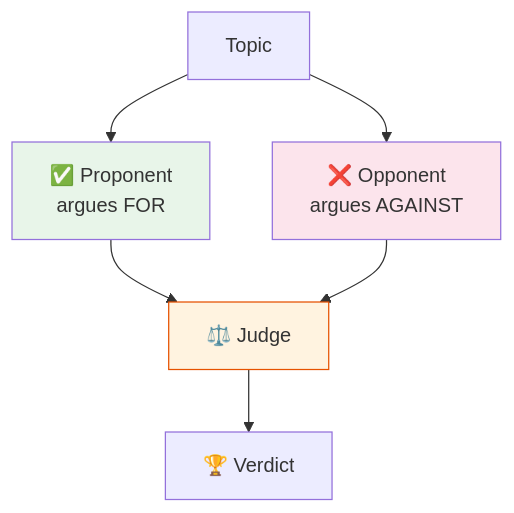
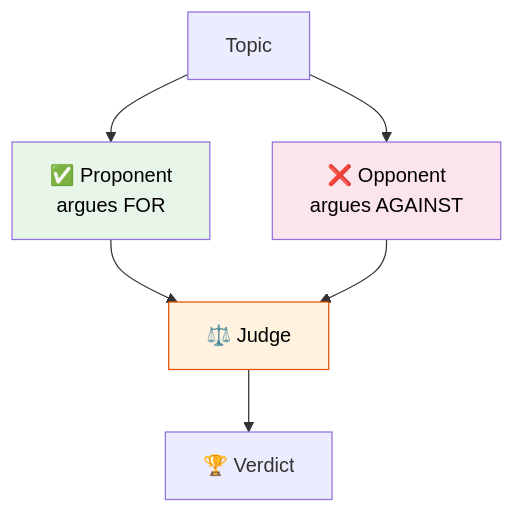
One commit to remolaan/Agentic-AI-Cookbook changed the diagram in 37_debate_agents_project/README.md. Above: the diagram before and after it, drawn with Mermaid. The commit also changed 45 other files, not shown here.

Commit message:
Fix Mermaid diagram text colors for readability across all READMEs

````diff
--- a/37_debate_agents_project/README.md
+++ b/37_debate_agents_project/README.md
@@ -5,11 +5,11 @@
 ```mermaid
 flowchart TB
     T["Topic"] --> P1["✅ Proponent<br/>argues FOR"]
     T --> P2["❌ Opponent<br/>argues AGAINST"]
     P1 --> J["⚖️ Judge"]
     P2 --> J
     J --> V["🏆 Verdict"]
-    style P1 fill:#e8f5e9
-    style P2 fill:#fce4ec
-    style J fill:#fff3e0,stroke:#e65100
+    style P1 fill:#e8f5e9,color:#000000
+    style P2 fill:#fce4ec,color:#000000
+    style J fill:#fff3e0,stroke:#e65100,color:#000000
 ```
````
